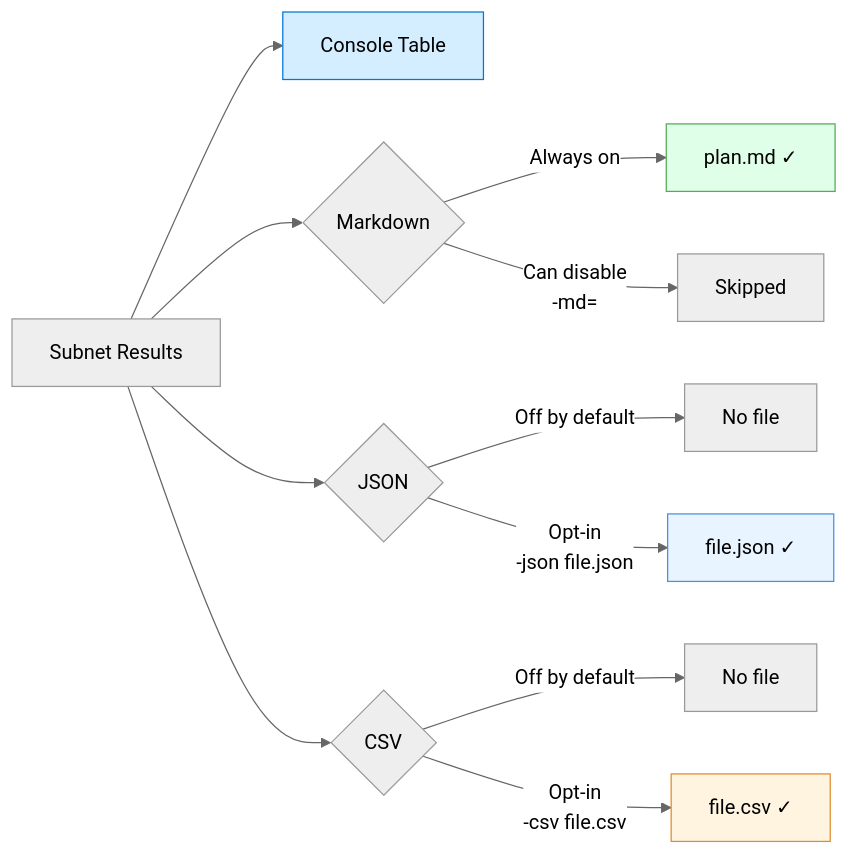
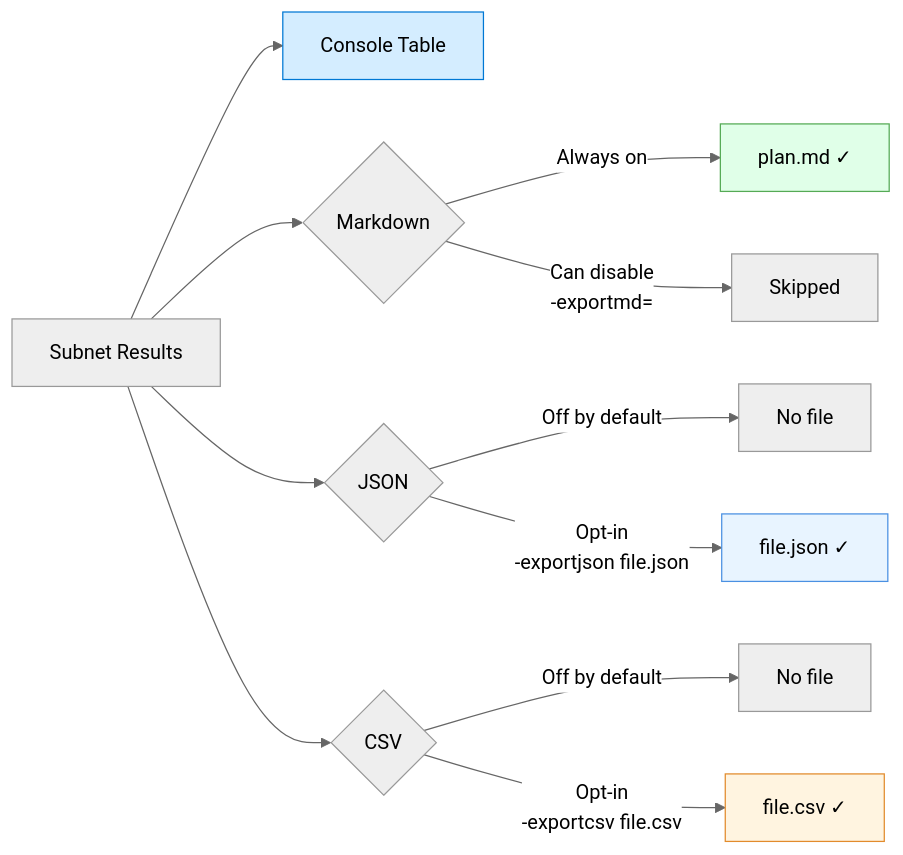
Before and after one commit to microsoft/IPSubnetPlanner: the third of 3 diagrams in README.md, drawn with Mermaid (neutral theme). The commit also changed other lines of this file and 10 other files, not shown here.

````diff
--- a/README.md
+++ b/README.md
@@ -72,21 +72,21 @@
 ```mermaid
 flowchart LR
     Results[Subnet Results] --> Console[Console Table]
     Results --> MD{Markdown}
     Results --> JSON{JSON}
     Results --> CSV{CSV}
     
     MD -->|Always on| MD1[plan.md ✓]
-    MD -->|Can disable<br/>-md=""| MD2[Skipped]
+    MD -->|Can disable<br/>-exportmd=""| MD2[Skipped]
     
     JSON -->|Off by default| JSON1[No file]
-    JSON -->|Opt-in<br/>-json file.json| JSON2[file.json ✓]
+    JSON -->|Opt-in<br/>-exportjson file.json| JSON2[file.json ✓]
     
     CSV -->|Off by default| CSV1[No file]
-    CSV -->|Opt-in<br/>-csv file.csv| CSV2[file.csv ✓]
+    CSV -->|Opt-in<br/>-exportcsv file.csv| CSV2[file.csv ✓]
     
     style MD1 fill:#e0ffe8,stroke:#55aa55
     style JSON2 fill:#e8f4ff,stroke:#4a90e2
     style CSV2 fill:#fff4e0,stroke:#e28b2c
     style Console fill:#d4edff,stroke:#0078d4
 ```
````
